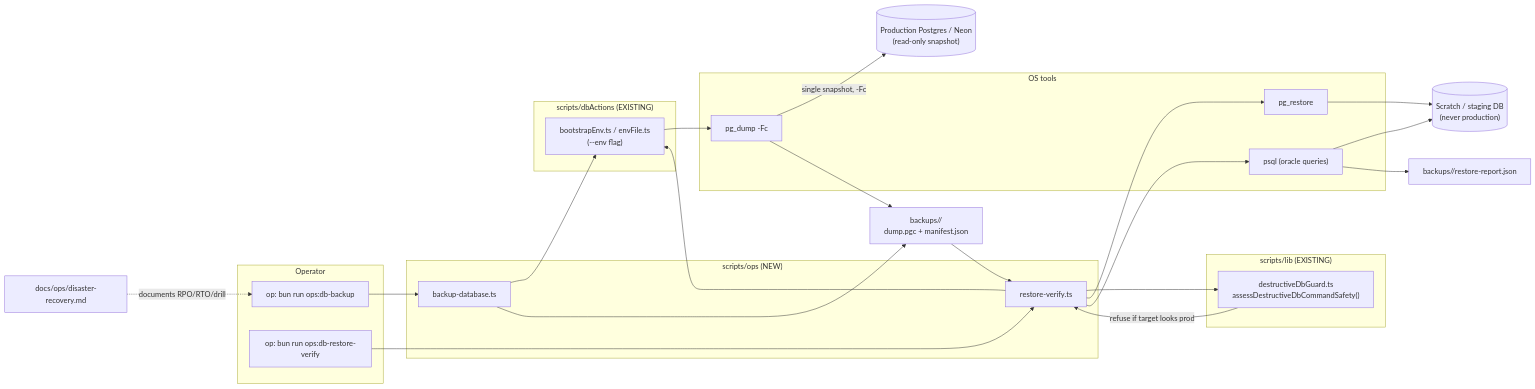
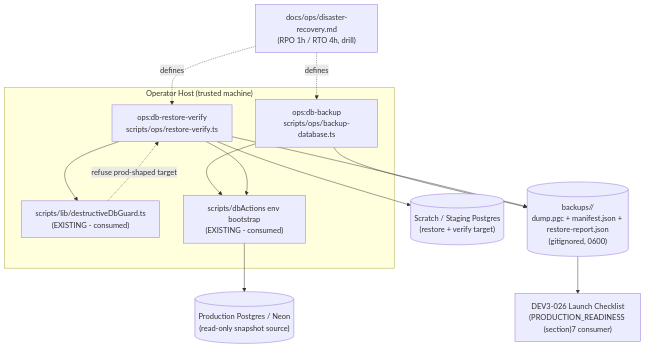
The first of 2 diagrams in ai/plans/sprint_4/dev3-024-disaster-recovery-backup-verification/plan.md (kottaby/kottaby), drawn with Mermaid before and after one commit. The commit also changed other lines of this file and 33 other files, not shown here.

````diff
--- a/ai/plans/sprint_4/dev3-024-disaster-recovery-backup-verification/plan.md
+++ b/ai/plans/sprint_4/dev3-024-disaster-recovery-backup-verification/plan.md
@@ -22,40 +108,25 @@
 ```mermaid
-flowchart LR
-  subgraph Operator
-    OP["op: bun run ops:db-backup"]
-    OPV["op: bun run ops:db-restore-verify"]
-  end
-  subgraph Scripts["scripts/ops (NEW)"]
-    BAK["backup-database.ts"]
-    RV["restore-verify.ts"]
-  end
-  subgraph Lib["scripts/lib (EXISTING)"]
-    GUARD["destructiveDbGuard.ts\nassessDestructiveDbCommandSafety()"]
-  end
-  subgraph Bootstrap["scripts/dbActions (EXISTING)"]
-    ENV["bootstrapEnv.ts / envFile.ts\n(--env flag)"]
-  end
-  subgraph Tools["OS tools"]
-    PGD["pg_dump -Fc"]
-    PGR["pg_restore"]
-    PSA["psql (oracle queries)"]
-  end
-  PROD[("Production Postgres / Neon\n(read-only snapshot)")]
-  SCRATCH[("Scratch / staging DB\n(never production)")]
-  ART["backups/<ts>/\ndump.pgc + manifest.json"]
-  REP["backups/<ts>/restore-report.json"]
-  RUNBOOK["docs/ops/disaster-recovery.md"]
+graph TB
+    subgraph Ops-Host["Operator Host (trusted machine)"]
+        BAK["ops:db-backup\nscripts/ops/backup-database.ts"]
+        RV["ops:db-restore-verify\nscripts/ops/restore-verify.ts"]
+        GUARD["scripts/lib/destructiveDbGuard.ts\n(EXISTING - consumed)"]
+        ENVH["scripts/dbActions env bootstrap\n(EXISTING - consumed)"]
+    end
+    PROD[("Production Postgres / Neon\n(read-only snapshot source)")]
+    SCRATCH[("Scratch / Staging Postgres\n(restore + verify target)")]
+    FS[("backups/<UTC>/\ndump.pgc + manifest.json + restore-report.json\n(gitignored, 0600)")]
+    DOC["docs/ops/disaster-recovery.md\n(RPO 1h / RTO 4h, drill)"]
+    DEV326["DEV3-026 Launch Checklist\n(PRODUCTION_READINESS (section)7 consumer)"]
 
-  OP --> BAK --> ENV --> PGD
-  PGD -- "single snapshot, -Fc" --> PROD
-  PGD --> ART
-  BAK --> ART
-  OPV --> RV --> ENV
-  RV --> GUARD
-  GUARD -- "refuse if target looks prod" --> RV
-  RV --> PGR --> SCRATCH
-  RV --> PSA --> SCRATCH
-  PSA --> REP
-  ART --> RV
-  RUNBOOK -.documents RPO/RTO/drill.-> OP
+    BAK --> ENVH --> PROD
+    BAK --> FS
+    RV --> ENVH
+    RV --> GUARD
+    GUARD -. "refuse prod-shaped target" .-> RV
+    RV --> FS
+    RV --> SCRATCH
+    DOC -. defines .-> BAK
+    DOC -. defines .-> RV
+    FS --> DEV326
 ```
````
